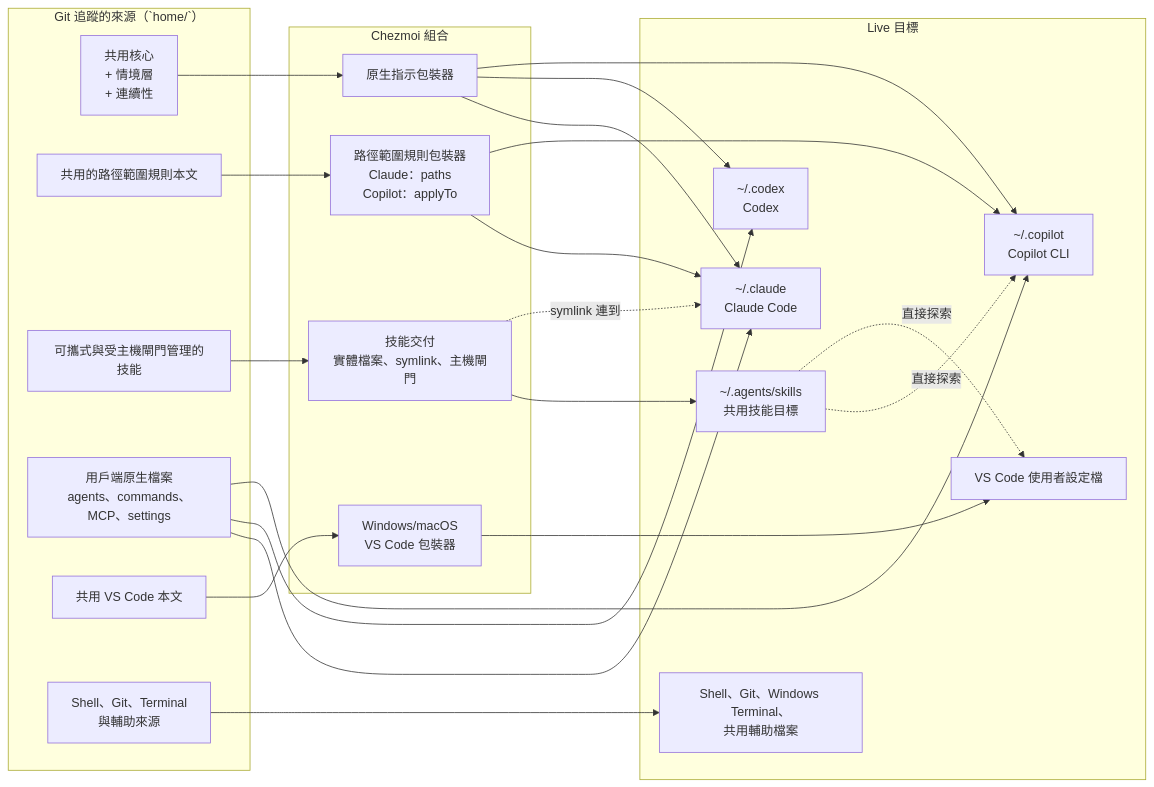
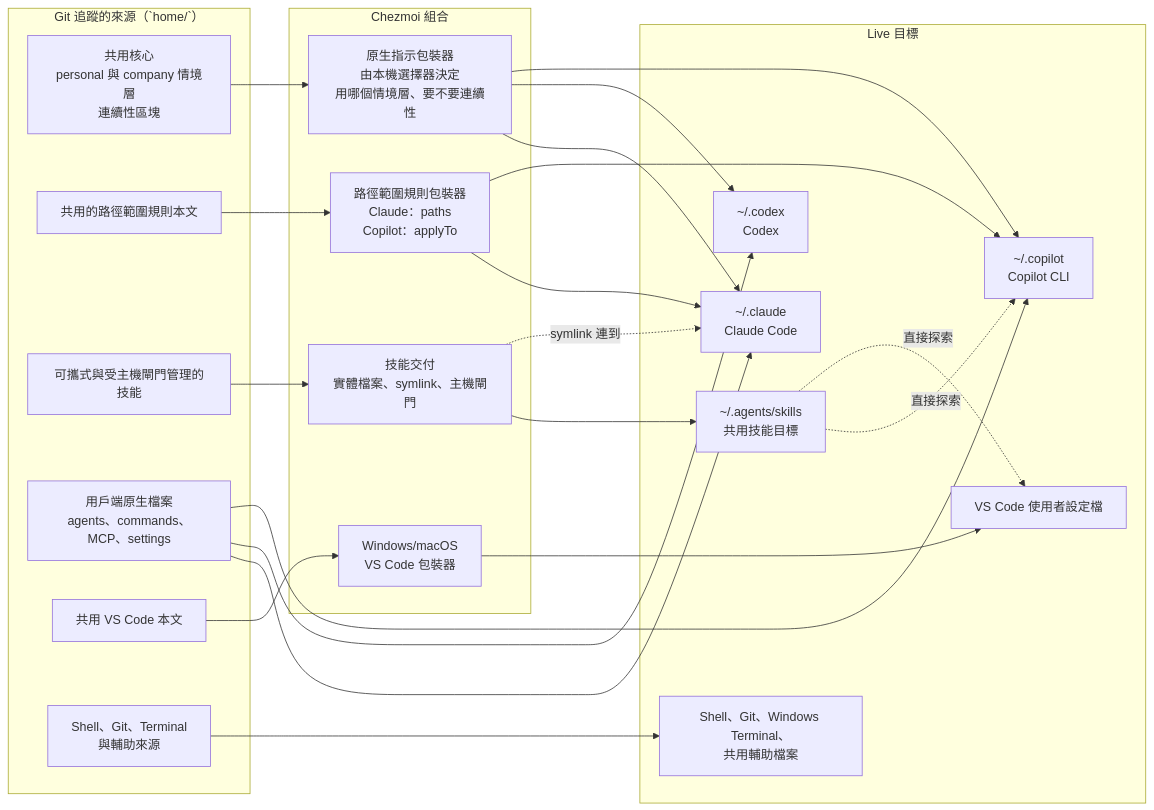
One commit to sherrilla71940/dotfiles changed the first of 3 diagrams in README.zh-TW.md. Above: the diagram before and after it, drawn with Mermaid. The commit also changed 1 other file, not shown here.

Commit message:
docs(readme): put profile selection in the composition box, not the source
The architecture diagram's source node read "shared core + context layer +
continuity". The plus signs implied unconditional concatenation, which
contradicted the composition line and the shared-content table: the context
layer is personal OR company, and continuity.md renders to nothing when
ai_continuity is off.

Conditionality belongs to composition, not to the source tree. The source node
now lists what is on disk -- both context layers and the continuity block --
and the instruction-wrapper node says the machine-local selectors choose
between them.

````diff
--- a/README.zh-TW.md
+++ b/README.zh-TW.md
@@ -110,50 +110,50 @@
 ```mermaid
 flowchart LR
     subgraph source["Git 追蹤的來源（`home/`）"]
-        core["共用核心<br/>+ 情境層<br/>+ 連續性"]
+        core["共用核心<br/>personal 與 company 情境層<br/>連續性區塊"]
         rules["共用的路徑範圍規則本文"]
         skills["可攜式與受主機閘門管理的技能"]
         native["用戶端原生檔案<br/>agents、commands、MCP、settings"]
         vscodeBody["共用 VS Code 本文"]
         platform["Shell、Git、Terminal<br/>與輔助來源"]
     end
 
     subgraph render["Chezmoi 組合"]
-        instructionAdapters["原生指示包裝器"]
+        instructionAdapters["原生指示包裝器<br/>由本機選擇器決定<br/>用哪個情境層、要不要連續性"]
         ruleAdapters["路徑範圍規則包裝器<br/>Claude：paths<br/>Copilot：applyTo"]
         skillDelivery["技能交付<br/>實體檔案、symlink、主機閘門"]
         osAdapters["Windows/macOS<br/>VS Code 包裝器"]
     end
 
     subgraph targets["Live 目標"]
         claude["~/.claude<br/>Claude Code"]
         codex["~/.codex<br/>Codex"]
         copilot["~/.copilot<br/>Copilot CLI"]
         agents["~/.agents/skills<br/>共用技能目標"]
         vscode["VS Code 使用者設定檔"]
         other["Shell、Git、Windows Terminal、<br/>共用輔助檔案"]
     end
 
     core --> instructionAdapters
     instructionAdapters --> claude
     instructionAdapters --> codex
     instructionAdapters --> copilot
 
     rules --> ruleAdapters
     ruleAdapters --> claude
     ruleAdapters --> copilot
 
     skills --> skillDelivery
     skillDelivery --> agents
     skillDelivery -.->|"symlink 連到"| claude
 
     native --> claude
     native --> codex
     native --> copilot
 
     vscodeBody --> osAdapters --> vscode
     platform --> other
 
     agents -.->|"直接探索"| copilot
     agents -.->|"直接探索"| vscode
 ```
````
